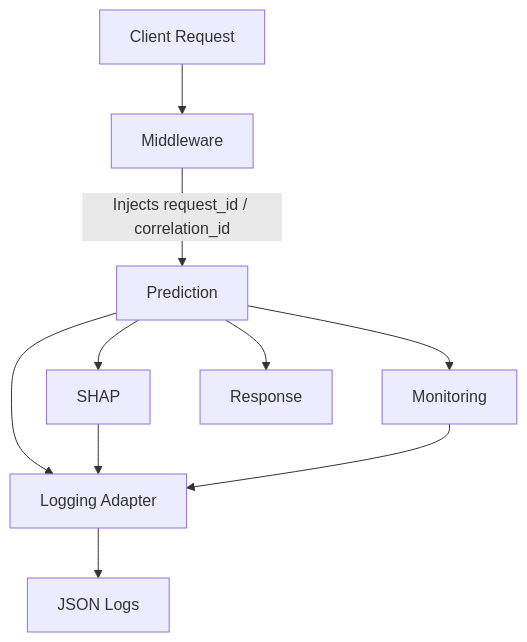
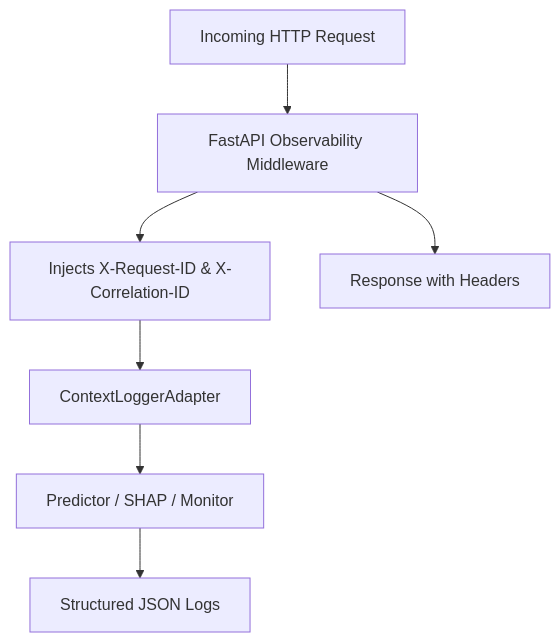
Before and after one commit to X377AAHIL/haett_assignment: the sixth of 6 diagrams in README.md, drawn with Mermaid. The commit also changed other lines of this file, not shown here.

````diff
--- a/README.md
+++ b/README.md
@@ -133,12 +285,9 @@
 ```mermaid
 graph TD
-    Client[Client Request] --> MW[Middleware]
-    MW --> |Injects request_id / correlation_id| Pred[Prediction]
-    Pred --> LogAdapter[Logging Adapter]
-    Pred --> SHAP[SHAP]
-    Pred --> Monitor[Monitoring]
-    SHAP --> LogAdapter
-    Monitor --> LogAdapter
-    LogAdapter --> JSON[JSON Logs]
-    Pred --> Resp[Response]
+    Req[Incoming HTTP Request] --> MW[FastAPI Observability Middleware]
+    MW --> Trace[Injects X-Request-ID & X-Correlation-ID]
+    Trace --> Adapter[ContextLoggerAdapter]
+    Adapter --> Subsystems[Predictor / SHAP / Monitor]
+    Subsystems --> Logs[Structured JSON Logs]
+    MW --> Resp[Response with Headers]
 ```
````
